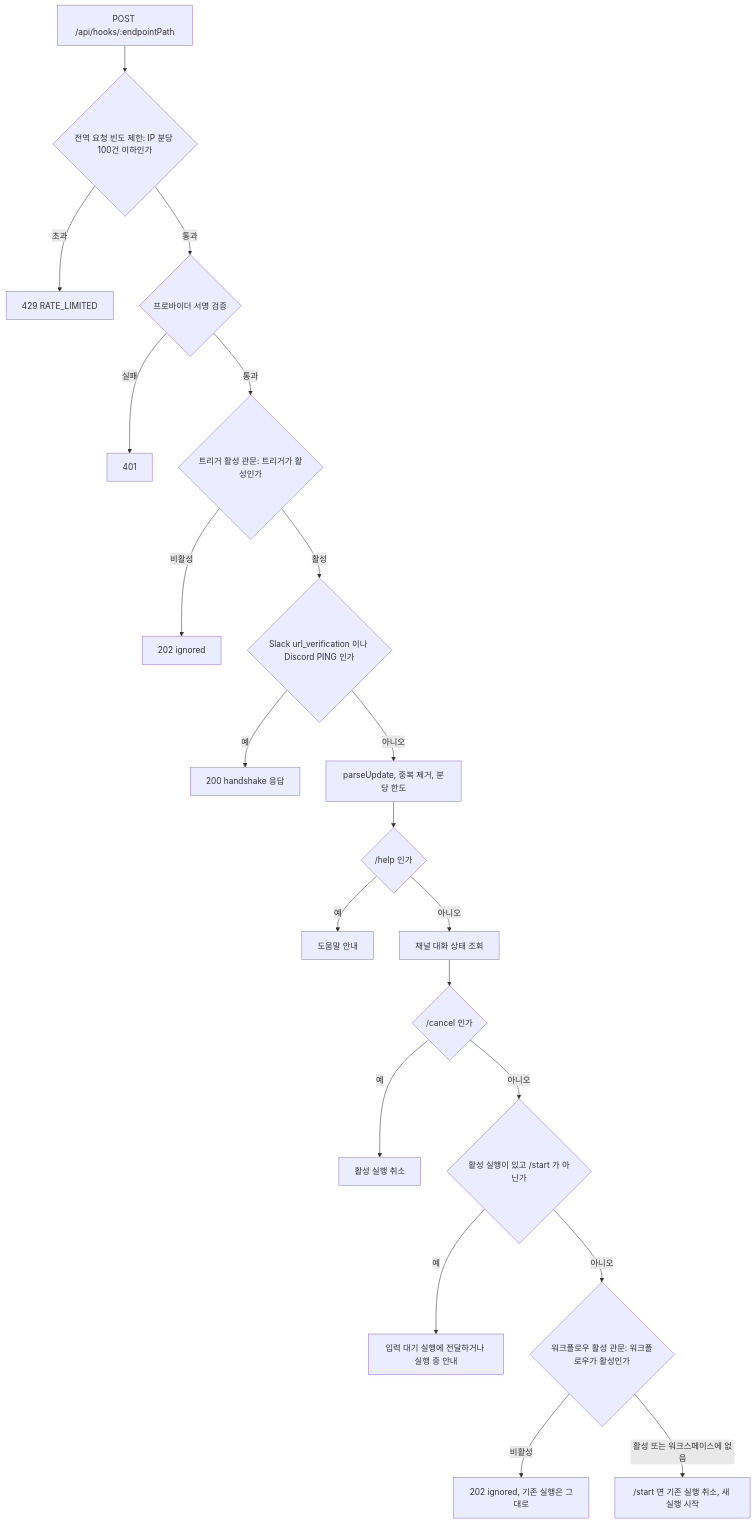
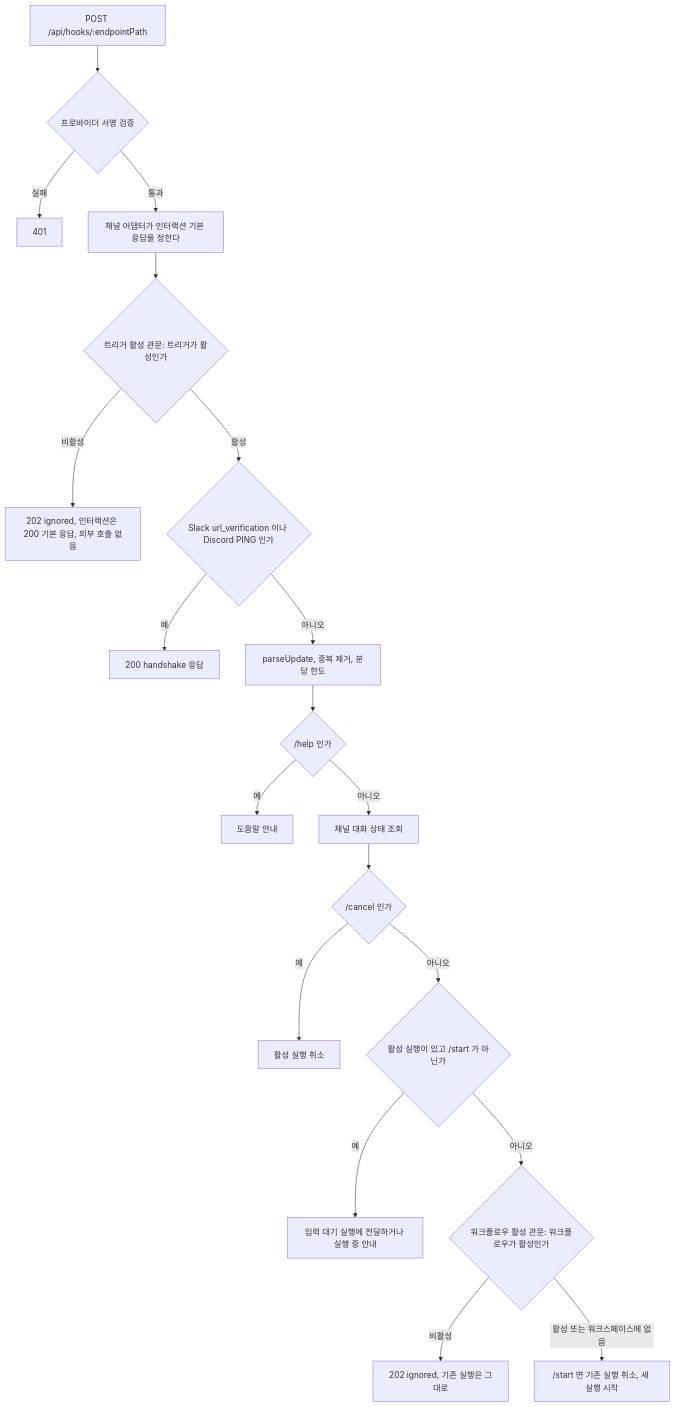
The second of 3 diagrams in spec/CLE-CHAT/CLE-CHAT-CORE.md (worker-ants/clemvion), drawn with Mermaid before and after one commit. The commit also changed other lines of this file and 37 other files, not shown here.

First line of the commit message:
feat(chat-channel): 채팅 채널 인터랙션이 어느 경로로 끝나도 프로바이더 응답을 받는다 (CLE-T-TSEP9G · C5G12M · FCBG91 · K8Z2W0 · 1FCGJ1) (#1702)

````diff
--- a/spec/CLE-CHAT/CLE-CHAT-CORE.md
+++ b/spec/CLE-CHAT/CLE-CHAT-CORE.md
@@ -219,22 +225,21 @@
 ```mermaid
 flowchart TD
-  A["POST /api/hooks/:endpointPath"] --> T{"전역 요청 빈도 제한: IP 분당 100건 이하인가"}
-  T -- "초과" --> R429["429 RATE_LIMITED"]
-  T -- "통과" --> B{"프로바이더 서명 검증"}
+  A["POST /api/hooks/:endpointPath"] --> B{"프로바이더 서명 검증"}
   B -- "실패" --> R401["401"]
-  B -- "통과" --> C{"트리거 활성 관문: 트리거가 활성인가"}
-  C -- "비활성" --> I1["202 ignored"]
+  B -- "통과" --> DR["채널 어댑터가 인터랙션 기본 응답을 정한다"]
+  DR --> C{"트리거 활성 관문: 트리거가 활성인가"}
+  C -- "비활성" --> I1["202 ignored, 인터랙션은 200 기본 응답, 외부 호출 없음"]
   C -- "활성" --> D{"Slack url_verification 이나 Discord PING 인가"}
   D -- "예" --> HS["200 handshake 응답"]
   D -- "아니오" --> P["parseUpdate, 중복 제거, 분당 한도"]
   P --> H{"/help 인가"}
   H -- "예" --> HELP["도움말 안내"]
   H -- "아니오" --> L["채널 대화 상태 조회"]
   L --> X{"/cancel 인가"}
   X -- "예" --> CAN["활성 실행 취소"]
   X -- "아니오" --> M{"활성 실행이 있고 /start 가 아닌가"}
   M -- "예" --> FW["입력 대기 실행에 전달하거나 실행 중 안내"]
   M -- "아니오" --> W{"워크플로우 활성 관문: 워크플로우가 활성인가"}
   W -- "비활성" --> I2["202 ignored, 기존 실행은 그대로"]
   W -- "활성 또는 워크스페이스에 없음" --> S["/start 면 기존 실행 취소, 새 실행 시작"]
 ```
````
